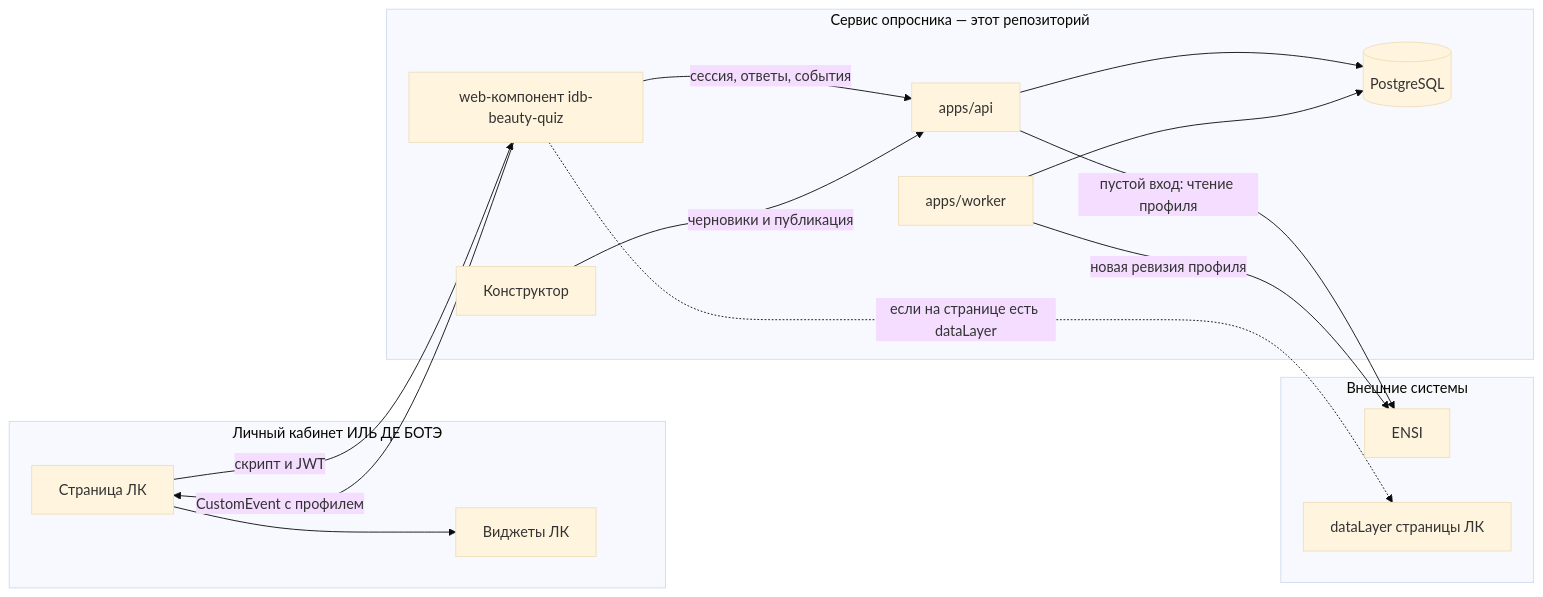
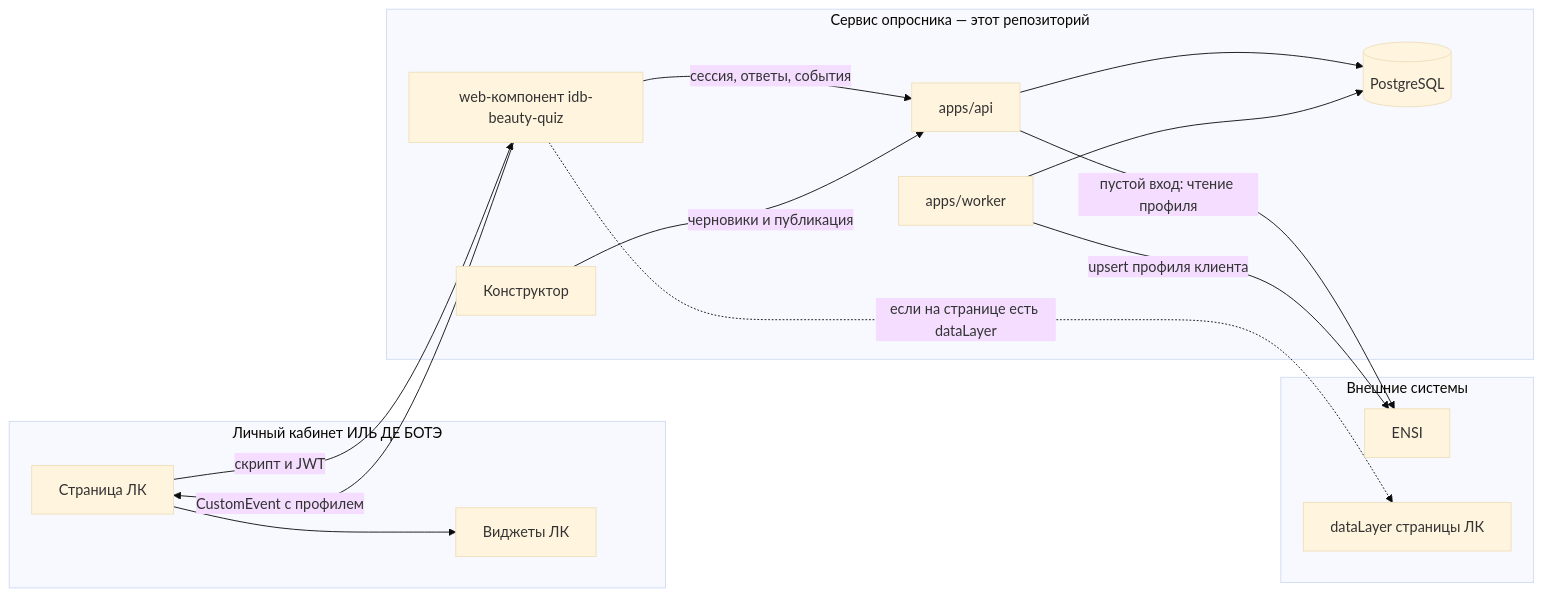
One commit to pomazkoff/idb-beauty-passport changed the diagram in docs/ARCHITECTURE.md. Above: the diagram before and after it, drawn with Mermaid (base theme). The commit also changed other lines of this file and 12 other files, not shown here.

````diff
--- a/docs/ARCHITECTURE.md
+++ b/docs/ARCHITECTURE.md
@@ -26,31 +26,31 @@
 ```mermaid
 flowchart LR
   subgraph lk [Личный кабинет ИЛЬ ДЕ БОТЭ]
     Page[Страница ЛК]
     Cabinet[Виджеты ЛК]
   end
 
   subgraph quiz [Сервис опросника — этот репозиторий]
     Embed["web-компонент idb-beauty-quiz"]
     API[apps/api]
     Worker[apps/worker]
     DB[(PostgreSQL)]
     Admin[Конструктор]
   end
 
   subgraph external [Внешние системы]
     ENSI[ENSI]
     GTM[dataLayer страницы ЛК]
   end
 
   Page -->|скрипт и JWT| Embed
   Embed -->|сессия, ответы, события| API
   Embed -->|CustomEvent с профилем| Page
   Page --> Cabinet
   Embed -.->|если на странице есть dataLayer| GTM
   API --> DB
   Worker --> DB
   API -->|пустой вход: чтение профиля| ENSI
-  Worker -->|новая ревизия профиля| ENSI
+  Worker -->|upsert профиля клиента| ENSI
   Admin -->|черновики и публикация| API
 ```
````
